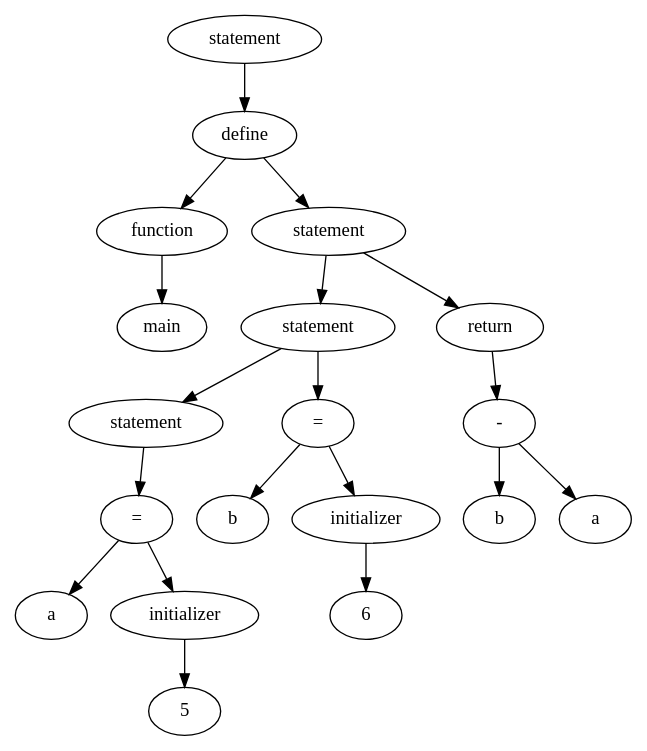
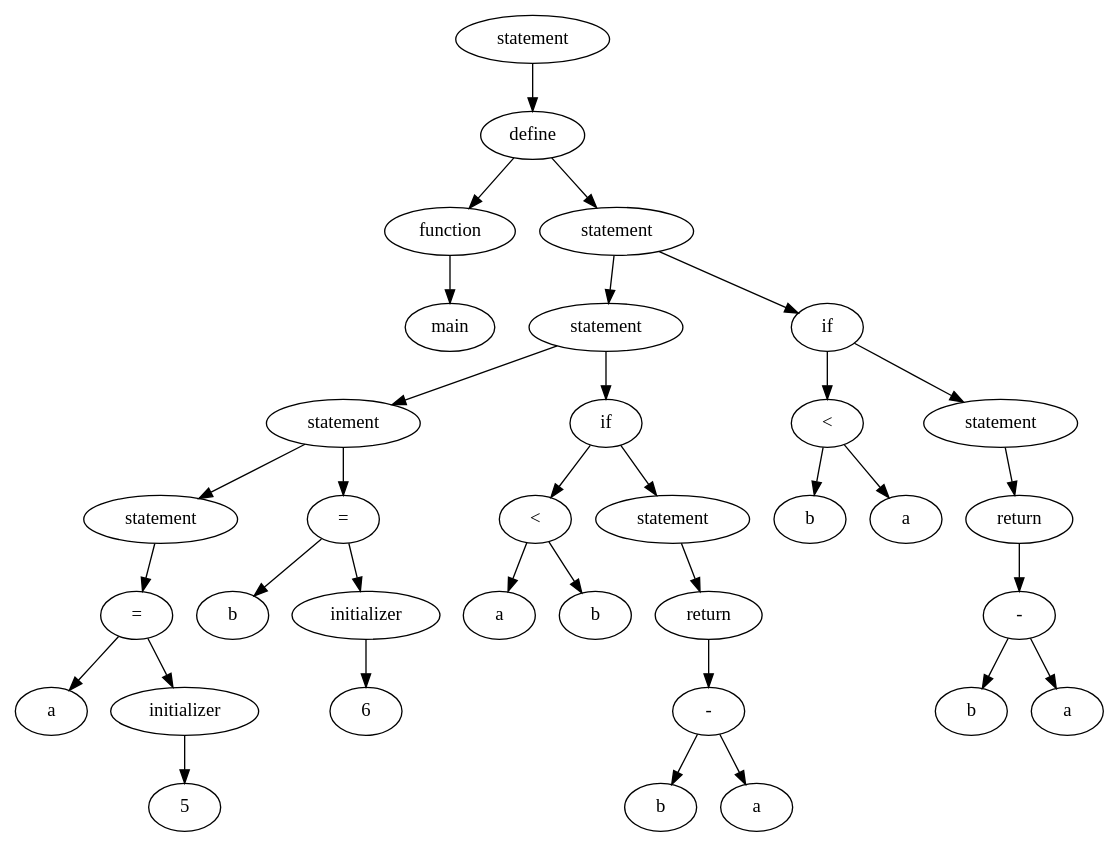
Before and after one commit to matmuher/flip-flop: the diagram in russkie_alga!/parse.dot, drawn with Graphviz. The commit also changed 10 other files, not shown here.

```diff
--- a/russkie_alga!/parse.dot
+++ b/russkie_alga!/parse.dot
@@ -1,39 +1,69 @@
 digraph G {
-A00BC2470 [label = "statement"];
-A00BC2470 -> A00BC6688;
-A00BC6688 [label = "define"];
-A00BC6688 -> A00BC6670;
-A00BC6688 -> A00BC04C0;
-A00BC6670 [label = "function"];
-A00BC6670 -> A00BC24A0;
-A00BC24A0 [label = "main"];
-A00BC04C0 [label = "statement"];
-A00BC04C0 -> A00BC3620;
-A00BC04C0 -> A00BC6730;
-A00BC3620 [label = "statement"];
-A00BC3620 -> A00BC24C8;
-A00BC3620 -> A00BC36D0;
-A00BC24C8 [label = "statement"];
-A00BC24C8 -> A00BC35F8;
-A00BC35F8 [label = "="];
-A00BC35F8 -> A00BC24F8;
-A00BC35F8 -> A00BC35C8;
-A00BC24F8 [label = "a"];
-A00BC35C8 [label = "initializer"];
-A00BC35C8 -> A00BC2520;
-A00BC2520 [label = "5"];
-A00BC36D0 [label = "="];
-A00BC36D0 -> A00BC3650;
-A00BC36D0 -> A00BC36A0;
-A00BC3650 [label = "b"];
-A00BC36A0 [label = "initializer"];
-A00BC36A0 -> A00BC3678;
-A00BC3678 [label = "6"];
-A00BC6730 [label = "return"];
-A00BC6730 -> A00BC66E8;
-A00BC66E8 [label = "-"];
-A00BC66E8 -> A00BC67D8;
-A00BC66E8 -> A00BC6700;
-A00BC67D8 [label = "b"];
-A00BC6700 [label = "a"];
+A001204C0 [label = "statement"];
+A001204C0 -> A00127168;
+A00127168 [label = "define"];
+A00127168 -> A00127150;
+A00127168 -> A00126D90;
+A00127150 [label = "function"];
+A00127150 -> A001204F0;
+A001204F0 [label = "main"];
+A00126D90 [label = "statement"];
+A00126D90 -> A00126E08;
+A00126D90 -> A00127030;
+A00126E08 [label = "statement"];
+A00126E08 -> A00122860;
+A00126E08 -> A00126F40;
+A00122860 [label = "statement"];
+A00122860 -> A00120508;
+A00122860 -> A00126E50;
+A00120508 [label = "statement"];
+A00120508 -> A00120598;
+A00120598 [label = "="];
+A00120598 -> A00120538;
+A00120598 -> A00120568;
+A00120538 [label = "a"];
+A00120568 [label = "initializer"];
+A00120568 -> A00120550;
+A00120550 [label = "5"];
+A00126E50 [label = "="];
+A00126E50 -> A00122890;
+A00126E50 -> A001228C0;
+A00122890 [label = "b"];
+A001228C0 [label = "initializer"];
+A001228C0 -> A001228A8;
+A001228A8 [label = "6"];
+A00126F40 [label = "if"];
+A00126F40 -> A00126F10;
+A00126F40 -> A00126E38;
+A00126F10 [label = "<"];
+A00126F10 -> A00126DD8;
+A00126F10 -> A00126DF0;
+A00126DD8 [label = "a"];
+A00126DF0 [label = "b"];
+A00126E38 [label = "statement"];
+A00126E38 -> A00126E98;
+A00126E98 [label = "return"];
+A00126E98 -> A00126E68;
+A00126E68 [label = "-"];
+A00126E68 -> A00126F28;
+A00126E68 -> A00126EE0;
+A00126F28 [label = "b"];
+A00126EE0 [label = "a"];
+A00127030 [label = "if"];
+A00127030 -> A00126EB0;
+A00127030 -> A00126EF8;
+A00126EB0 [label = "<"];
+A00126EB0 -> A00126DA8;
+A00126EB0 -> A00126DC0;
+A00126DA8 [label = "b"];
+A00126DC0 [label = "a"];
+A00126EF8 [label = "statement"];
+A00126EF8 -> A00127138;
+A00127138 [label = "return"];
+A00127138 -> A001271C8;
+A001271C8 [label = "-"];
+A001271C8 -> A00126FE8;
+A001271C8 -> A00126FA0;
+A00126FE8 [label = "b"];
+A00126FA0 [label = "a"];
 }
```
